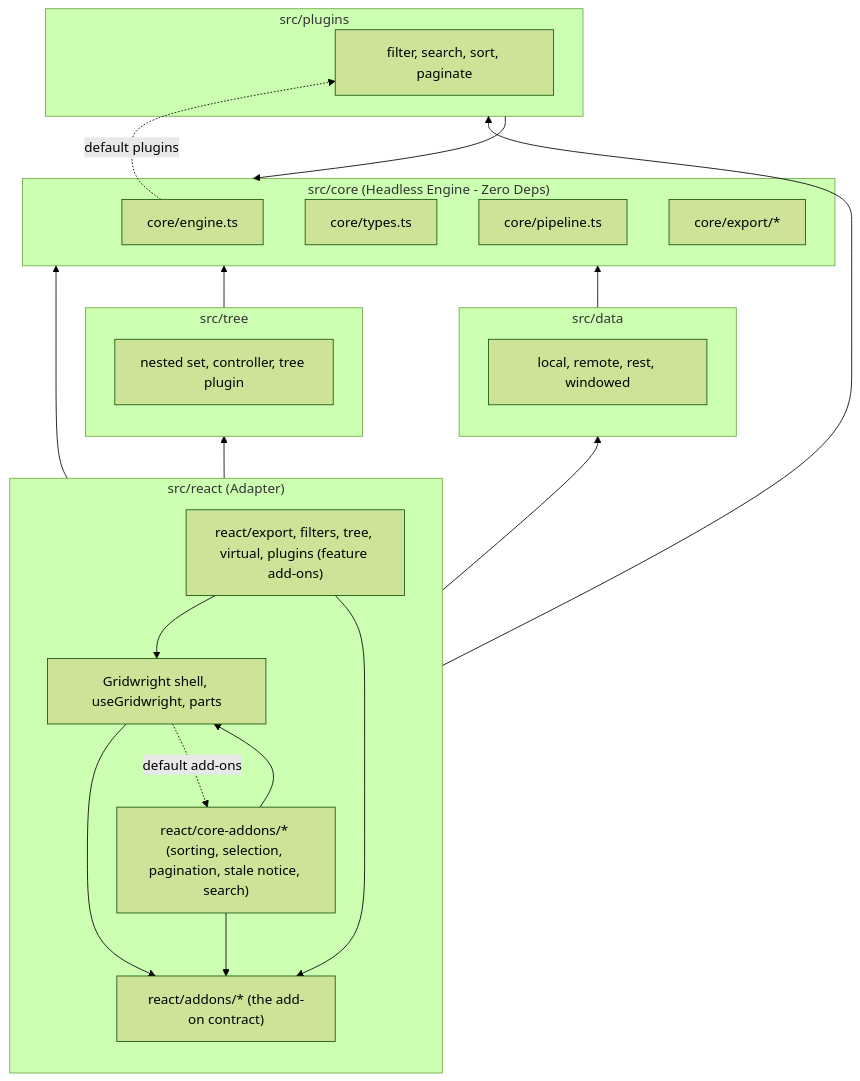
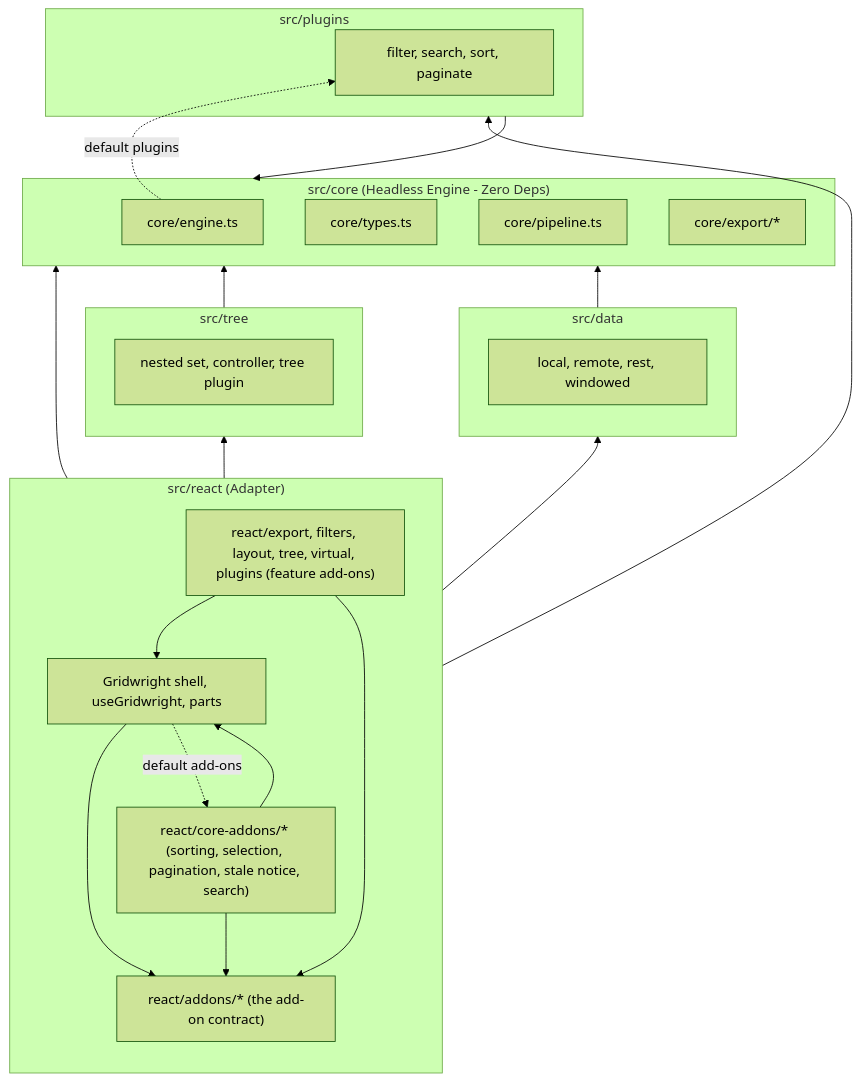
The first of 2 diagrams in specs/DEPENDENCY_MAP.md (yaotzin1/apsw-gridwright), drawn with Mermaid (forest theme) before and after one commit. The commit also changed other lines of this file and 62 other files, not shown here.

First line of the commit message:
feat(react): column layout — resizing, reordering, pinning and visibility

````diff
--- a/specs/DEPENDENCY_MAP.md
+++ b/specs/DEPENDENCY_MAP.md
@@ -7,44 +7,44 @@
 ```mermaid
 graph BT
     subgraph ReactLayer["src/react (Adapter)"]
         Shell["Gridwright shell, useGridwright, parts"]
         Contract["react/addons/* (the add-on contract)"]
         CoreAddons["react/core-addons/* (sorting, selection, pagination, stale notice, search)"]
-        FeatureAddons["react/export, filters, tree, virtual, plugins (feature add-ons)"]
+        FeatureAddons["react/export, filters, layout, tree, virtual, plugins (feature add-ons)"]
 
         Shell --> Contract
         Shell -. "default add-ons" .-> CoreAddons
         CoreAddons --> Contract
         FeatureAddons --> Contract
         CoreAddons --> Shell
         FeatureAddons --> Shell
     end
 
     subgraph PluginsLayer["src/plugins"]
         BuiltinPlugins["filter, search, sort, paginate"]
     end
 
     subgraph TreeLayer["src/tree"]
         TreeCore["nested set, controller, tree plugin"]
     end
 
     subgraph DataLayer["src/data"]
         DataSources["local, remote, rest, windowed"]
     end
 
     subgraph CoreLayer["src/core (Headless Engine - Zero Deps)"]
         Engine["core/engine.ts"]
         CoreTypes["core/types.ts"]
         Pipeline["core/pipeline.ts"]
         CoreExport["core/export/*"]
     end
 
     ReactLayer --> CoreLayer
     PluginsLayer --> CoreLayer
     TreeLayer --> CoreLayer
     DataLayer --> CoreLayer
     ReactLayer --> PluginsLayer
     ReactLayer --> TreeLayer
     ReactLayer --> DataLayer
     Engine -. "default plugins" .-> BuiltinPlugins
 ```
````
